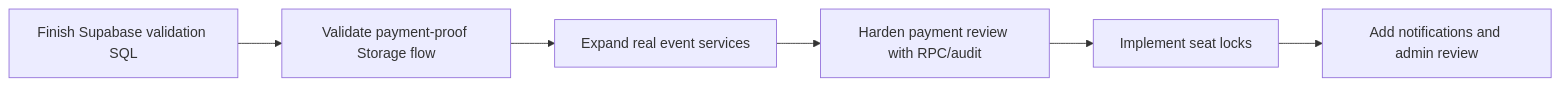
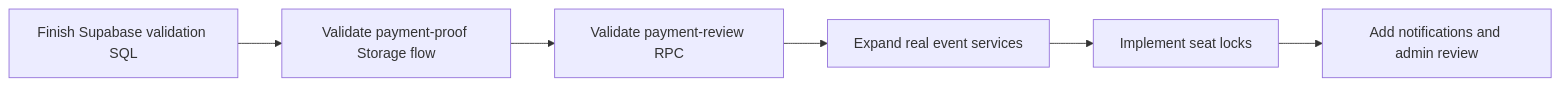
The fourth of 4 diagrams in docs/project-architecture-brief-v0.1.md (moirakk/GatherUp), drawn with Mermaid before and after one commit. The commit also changed other lines of this file and 8 other files, not shown here.

Commit message:
Add audited payment review RPC

````diff
--- a/docs/project-architecture-brief-v0.1.md
+++ b/docs/project-architecture-brief-v0.1.md
@@ -222,8 +226,8 @@
 ```mermaid
 flowchart LR
   A["Finish Supabase validation SQL"] --> B["Validate payment-proof Storage flow"]
-  B --> C["Expand real event services"]
-  C --> D["Harden payment review with RPC/audit"]
+  B --> C["Validate payment-review RPC"]
+  C --> D["Expand real event services"]
   D --> E["Implement seat locks"]
   E --> F["Add notifications and admin review"]
 ```
````
